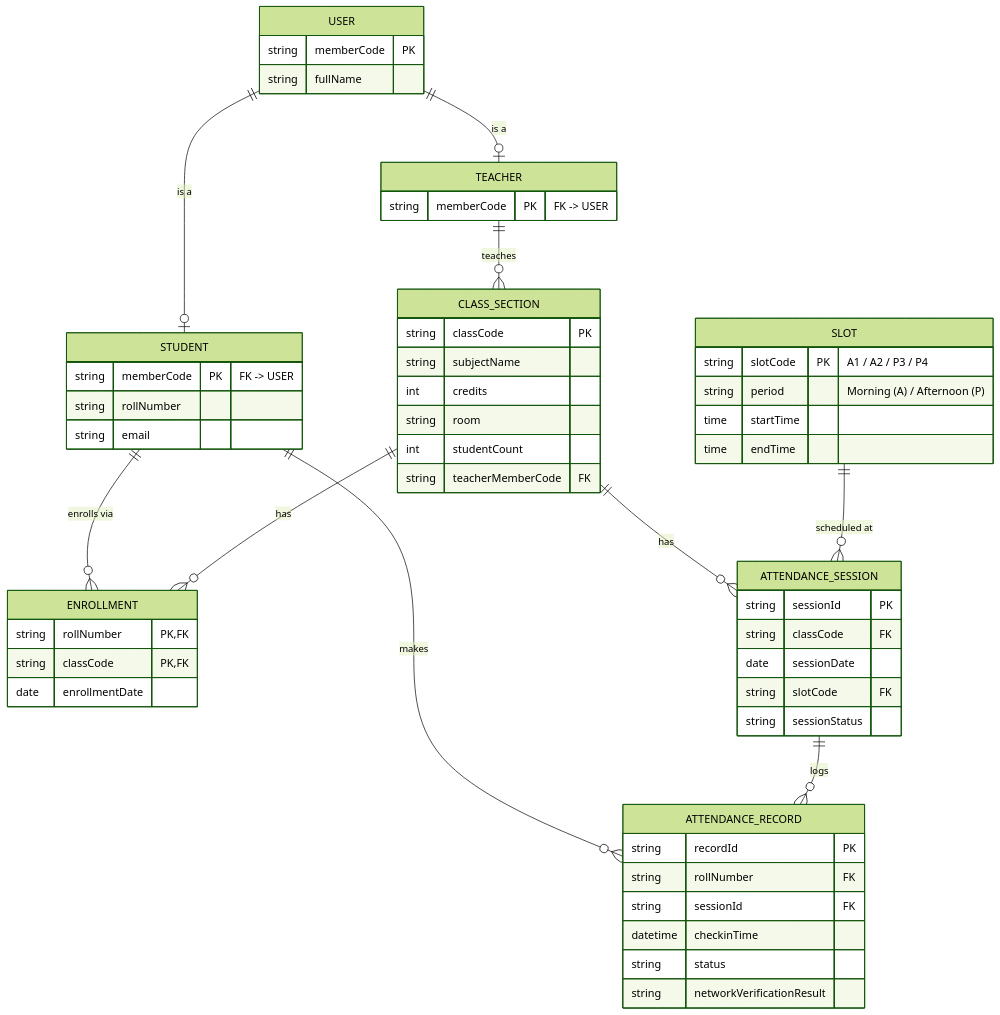
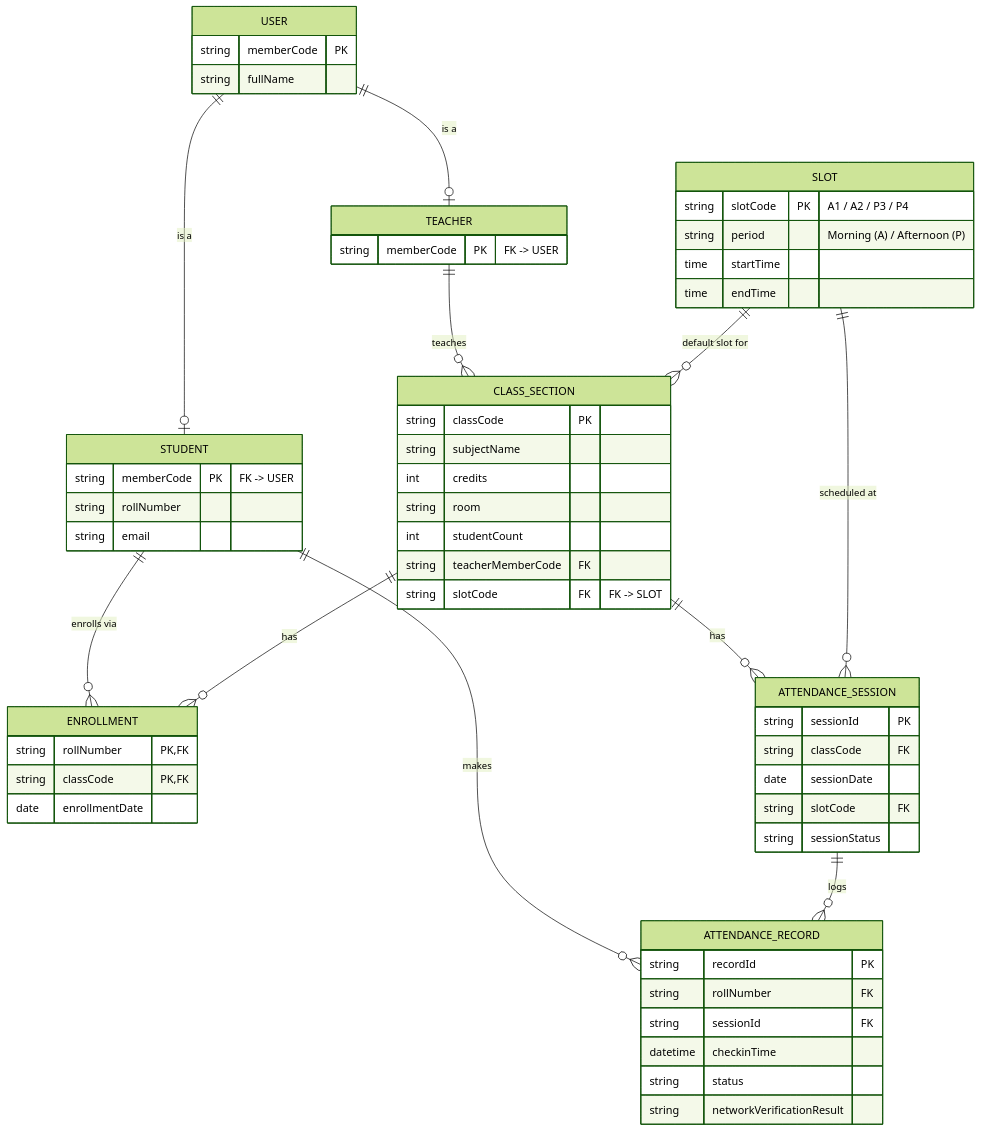
One commit to ducminh852005/fapcheckin changed the diagram in docs/03-du-lieu-google-sheet.md. Above: the diagram before and after it, drawn with Mermaid (forest theme). The commit also changed other lines of this file and 9 other files, not shown here.

````diff
--- a/docs/03-du-lieu-google-sheet.md
+++ b/docs/03-du-lieu-google-sheet.md
@@ -7,59 +7,61 @@
 ```mermaid
 erDiagram
     USER ||--o| TEACHER : "is a"
     USER ||--o| STUDENT : "is a"
     TEACHER ||--o{ CLASS_SECTION : "teaches"
     STUDENT ||--o{ ENROLLMENT : "enrolls via"
     CLASS_SECTION ||--o{ ENROLLMENT : "has"
     CLASS_SECTION ||--o{ ATTENDANCE_SESSION : "has"
     SLOT ||--o{ ATTENDANCE_SESSION : "scheduled at"
+    SLOT ||--o{ CLASS_SECTION : "default slot for"
     STUDENT ||--o{ ATTENDANCE_RECORD : "makes"
     ATTENDANCE_SESSION ||--o{ ATTENDANCE_RECORD : "logs"
 
     USER {
         string memberCode PK
         string fullName
     }
     TEACHER {
         string memberCode PK "FK -> USER"
     }
     STUDENT {
         string memberCode PK "FK -> USER"
         string rollNumber
         string email
     }
     CLASS_SECTION {
         string classCode PK
         string subjectName
         int credits
         string room
         int studentCount
         string teacherMemberCode FK
+        string slotCode FK "FK -> SLOT"
     }
     SLOT {
         string slotCode PK "A1 / A2 / P3 / P4"
         string period "Morning (A) / Afternoon (P)"
         time startTime
         time endTime
     }
     ENROLLMENT {
         string rollNumber PK, FK
         string classCode PK, FK
         date enrollmentDate
     }
     ATTENDANCE_SESSION {
         string sessionId PK
         string classCode FK
         date sessionDate
         string slotCode FK
         string sessionStatus
     }
     ATTENDANCE_RECORD {
         string recordId PK
         string rollNumber FK
         string sessionId FK
         datetime checkinTime
         string status
         string networkVerificationResult
     }
 ```
````
